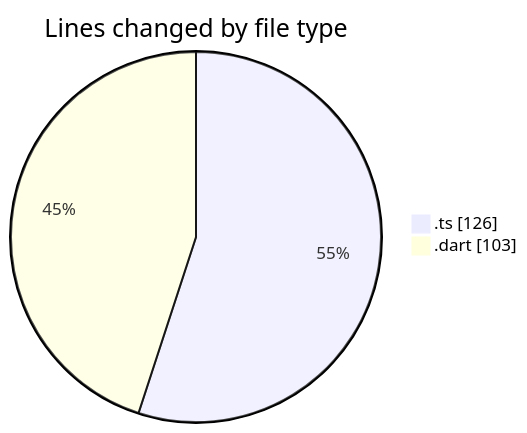
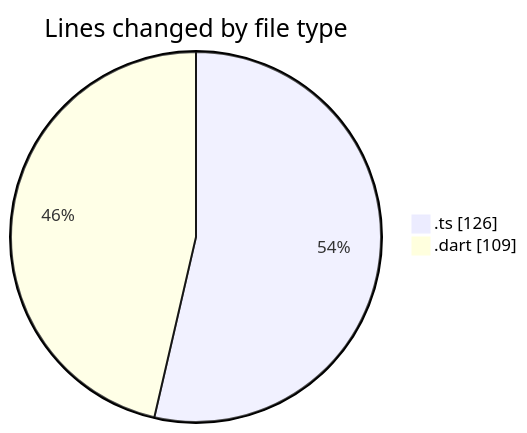
The first of 2 diagrams in 2025-02-09/maps_clone/README.md (donsfak/code-tracking), drawn with Mermaid before and after one commit. The commit also changed other lines of this file and 1 other file, not shown here.

````diff
--- a/2025-02-09/maps_clone/README.md
+++ b/2025-02-09/maps_clone/README.md
@@ -21,6 +21,6 @@
 ```mermaid
 pie showData
 title Lines changed by file type
 ".ts" : 126
-".dart" : 103
+".dart" : 109
 ```
````
